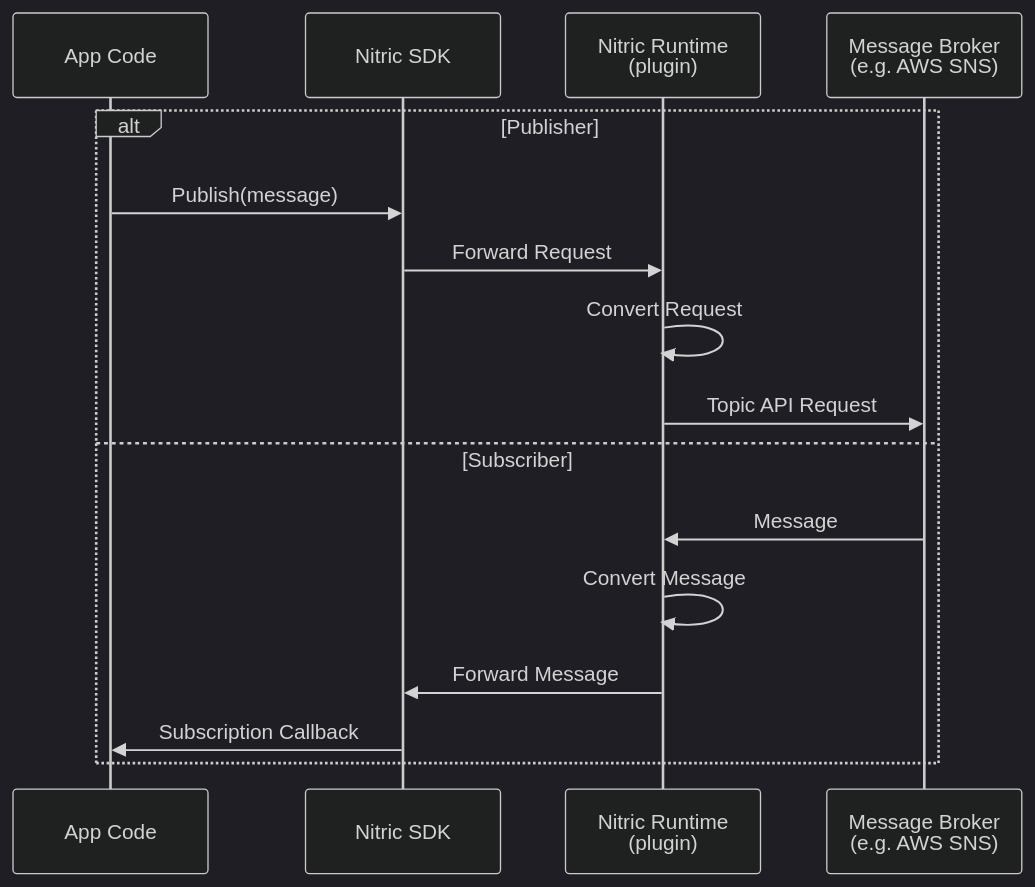
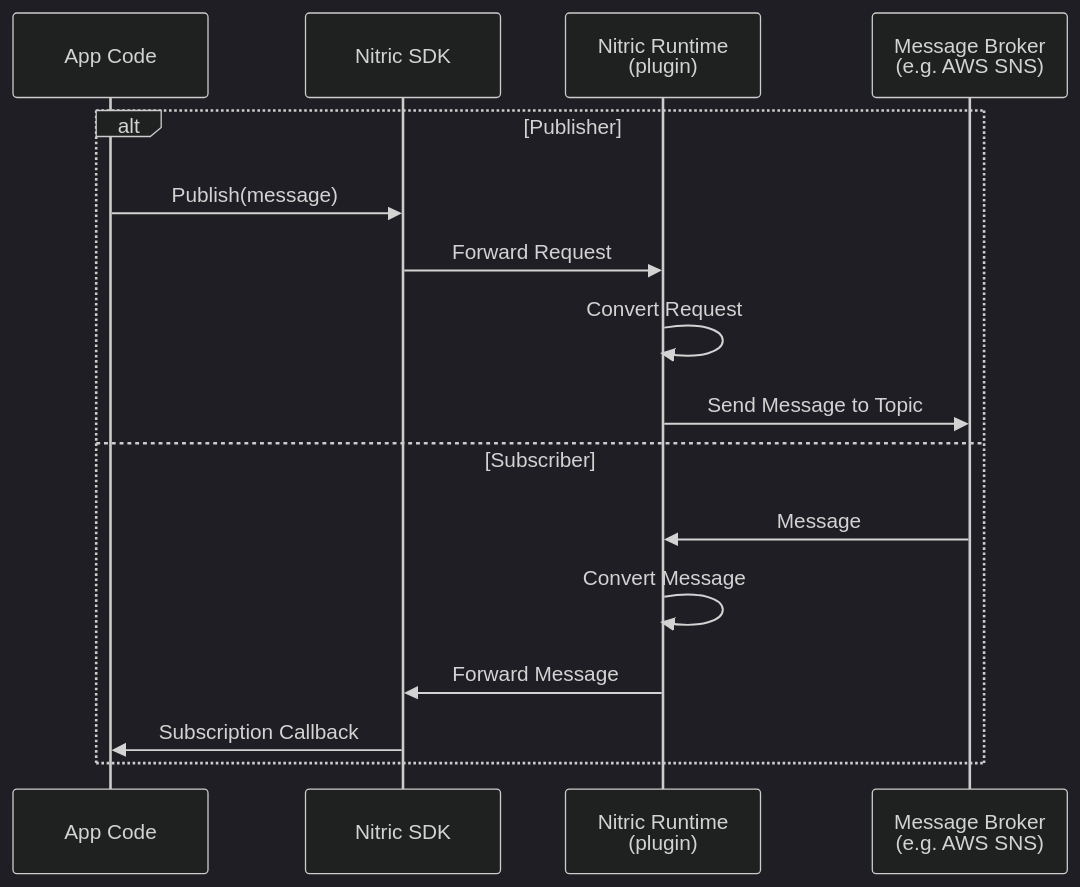
Before and after one commit to nitrictech/docs: the fourth of 4 diagrams in docs/architecture/topics.mdx, drawn with Mermaid (dark theme). The commit also changed other lines of this file and 1 other file, not shown here.

Commit message:
update schedule sequences

````diff
--- a/docs/architecture/topics.mdx
+++ b/docs/architecture/topics.mdx
@@ -121,19 +125,19 @@
 ```mermaid
 sequenceDiagram
     participant Client as App Code
     participant SDK as Nitric SDK
     participant Nitric as Nitric Runtime <br> (plugin)
     participant CloudAPI as Message Broker <br> (e.g. AWS SNS)
 
     alt Publisher
         Client->>SDK: Publish(message)
         SDK->>Nitric: Forward Request
         Nitric->>Nitric: Convert Request
-        Nitric->>CloudAPI: Topic API Request
+        Nitric->>CloudAPI: Send Message to Topic
     else Subscriber
         CloudAPI->>Nitric: Message
         Nitric->>Nitric: Convert Message
         Nitric->>SDK: Forward Message
         SDK->>Client: Subscription Callback
     end
 ```
````
